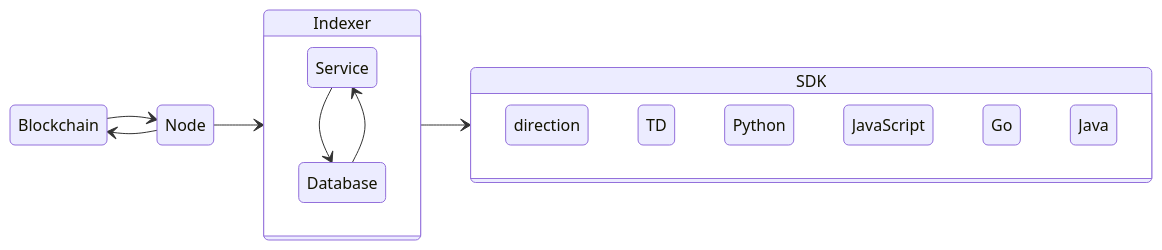
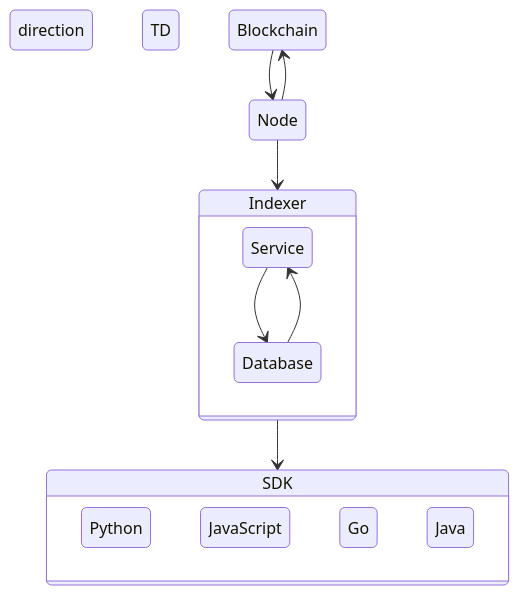
Before and after one commit to block-foundation/docker-algorand-node: the diagram in README.md, drawn with Mermaid.

````diff
--- a/README.md
+++ b/README.md
@@ -24,19 +24,18 @@
 ``` mermaid
 stateDiagram
-    direction LR
+    direction TD
     Blockchain --> Node
     Node --> Blockchain
     Node --> Indexer
     state Indexer {
       Service --> Database
       Database --> Service
     }
     Indexer --> SDK
     state SDK {
-      direction TD
       Python
       JavaScript
       Go
       Java
     }
 ```
````
